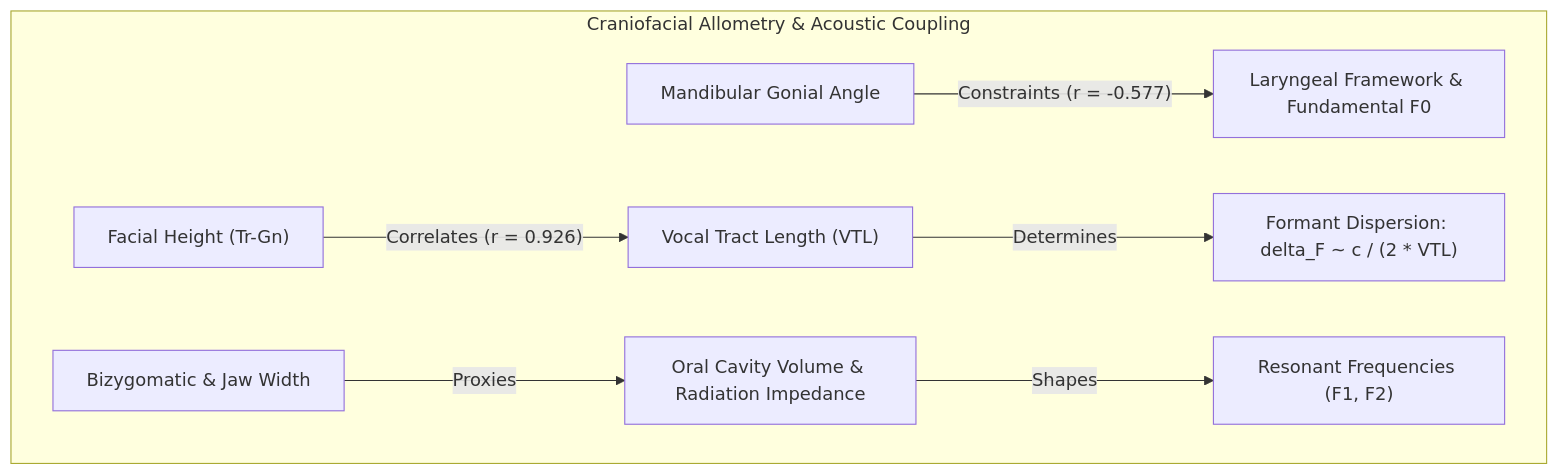
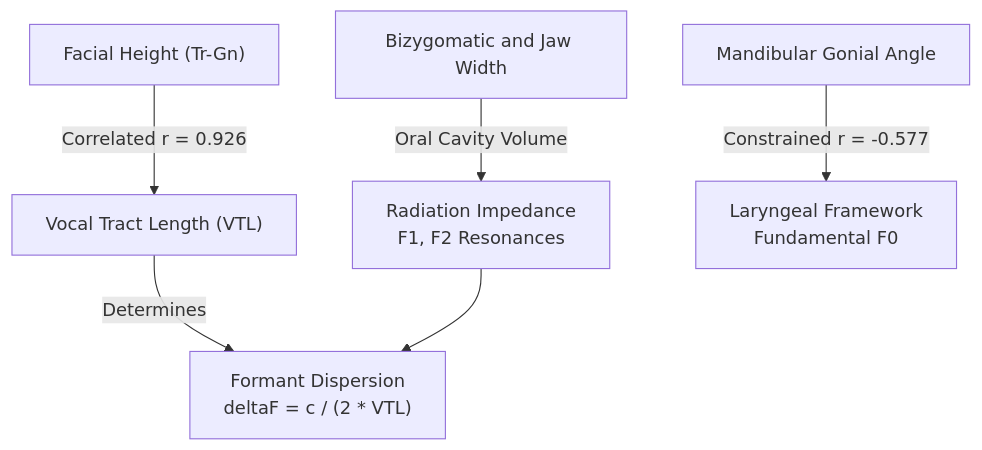
The second of 5 diagrams in README.md (AdityaWagh19/Voix-F2S-System), drawn with Mermaid before and after one commit. The commit also changed other lines of this file and 12 other files, not shown here.

First line of the commit message:
docs: overhaul README with Mermaid diagrams, proper LaTeX math, clean structure

````diff
--- a/README.md
+++ b/README.md
@@ -69,11 +58,8 @@
 ```mermaid
 flowchart TD
-    subgraph ANATOMY["Craniofacial Allometry & Acoustic Coupling"]
-        BIZ["Bizygomatic & Jaw Width"] -->|"Proxies"| CAV["Oral Cavity Volume & Radiation Impedance"]
-        VTL["Facial Height (Tr-Gn)"] -->|"Correlates (r = 0.926)"| TRACT["Vocal Tract Length (VTL)"]
-        GON["Mandibular Gonial Angle"] -->|"Constraints (r = -0.577)"| PITCH["Laryngeal Framework & Fundamental F0"]
-        
-        TRACT -->|"Determines"| FORM["Formant Dispersion: delta_F ~ c / (2 * VTL)"]
-        CAV -->|"Shapes"| F12["Resonant Frequencies (F1, F2)"]
-    end
+    BIZ["Bizygomatic and Jaw Width"] -->|"Oral Cavity Volume"| CAV["Radiation Impedance<br/>F1, F2 Resonances"]
+    VTL["Facial Height (Tr-Gn)"] -->|"Correlated r = 0.926"| TRACT["Vocal Tract Length (VTL)"]
+    GON["Mandibular Gonial Angle"] -->|"Constrained r = -0.577"| PITCH["Laryngeal Framework<br/>Fundamental F0"]
+    TRACT -->|"Determines"| DISP["Formant Dispersion<br/>deltaF = c / (2 * VTL)"]
+    CAV --> DISP
 ```
````
